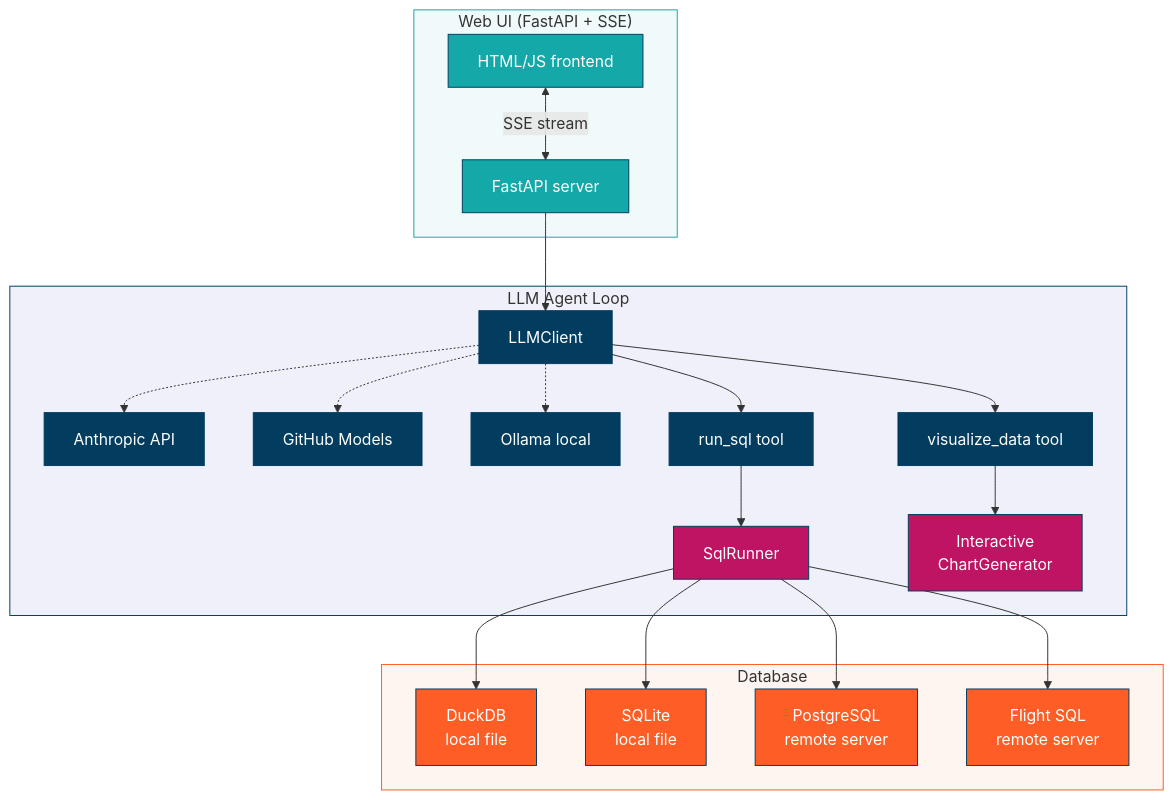
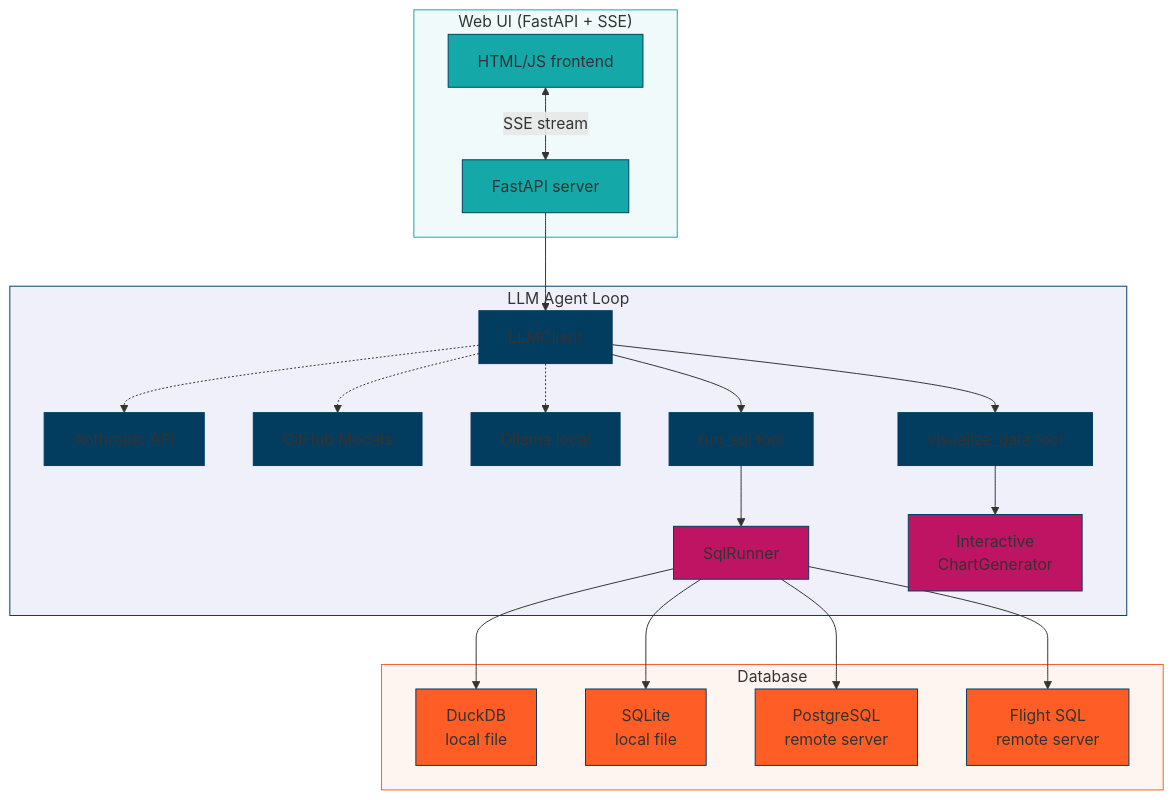
Before and after one commit to dsgrid/datasight: the first of 3 diagrams in docs/tool-developer/architecture.md, drawn with Mermaid. The commit also changed other lines of this file and 5 other files, not shown here.

````diff
--- a/docs/tool-developer/architecture.md
+++ b/docs/tool-developer/architecture.md
@@ -27,55 +27,55 @@
 ```mermaid
 flowchart TB
     subgraph ui ["Web UI (FastAPI + SSE)"]
         WEB[FastAPI server]
         HTML[HTML/JS frontend]
     end
 
     subgraph agent ["LLM Agent Loop"]
         LLM[LLMClient]
         ANTH[Anthropic API]
         GH[GitHub Models]
         OLL[Ollama local]
         SQL[run_sql tool]
         VIZ[visualize_data tool]
         LLM -.-> ANTH
         LLM -.-> GH
         LLM -.-> OLL
         SQL --> RUNNER[SqlRunner]
         VIZ --> CHART[Interactive<br>ChartGenerator]
     end
 
     subgraph db ["Database"]
         DUCK[DuckDB<br>local file]
         SQLITE[SQLite<br>local file]
         PG[PostgreSQL<br>remote server]
         FLIGHT[Flight SQL<br>remote server]
     end
 
     HTML <-->|SSE stream| WEB
     WEB --> LLM
     LLM --> SQL
     LLM --> VIZ
     RUNNER --> DUCK
     RUNNER --> SQLITE
     RUNNER --> PG
     RUNNER --> FLIGHT
 
-    style WEB fill:#15a8a8,stroke:#023d60,color:#fff
-    style HTML fill:#15a8a8,stroke:#023d60,color:#fff
-    style LLM fill:#023d60,stroke:#023d60,color:#fff
-    style ANTH fill:#023d60,stroke:#023d60,color:#fff
-    style GH fill:#023d60,stroke:#023d60,color:#fff
-    style OLL fill:#023d60,stroke:#023d60,color:#fff
-    style SQL fill:#023d60,stroke:#023d60,color:#fff
-    style VIZ fill:#023d60,stroke:#023d60,color:#fff
-    style RUNNER fill:#bf1363,stroke:#023d60,color:#fff
-    style CHART fill:#bf1363,stroke:#023d60,color:#fff
-    style DUCK fill:#fe5d26,stroke:#023d60,color:#fff
-    style SQLITE fill:#fe5d26,stroke:#023d60,color:#fff
-    style PG fill:#fe5d26,stroke:#023d60,color:#fff
-    style FLIGHT fill:#fe5d26,stroke:#023d60,color:#fff
+    style WEB fill:#15a8a8,stroke:#023d60
+    style HTML fill:#15a8a8,stroke:#023d60
+    style LLM fill:#023d60,stroke:#023d60
+    style ANTH fill:#023d60,stroke:#023d60
+    style GH fill:#023d60,stroke:#023d60
+    style OLL fill:#023d60,stroke:#023d60
+    style SQL fill:#023d60,stroke:#023d60
+    style VIZ fill:#023d60,stroke:#023d60
+    style RUNNER fill:#bf1363,stroke:#023d60
+    style CHART fill:#bf1363,stroke:#023d60
+    style DUCK fill:#fe5d26,stroke:#023d60
+    style SQLITE fill:#fe5d26,stroke:#023d60
+    style PG fill:#fe5d26,stroke:#023d60
+    style FLIGHT fill:#fe5d26,stroke:#023d60
     style ui fill:#f0fafa,stroke:#15a8a8
     style agent fill:#f0f0fa,stroke:#023d60
     style db fill:#fff5f0,stroke:#fe5d26
 ```
````
